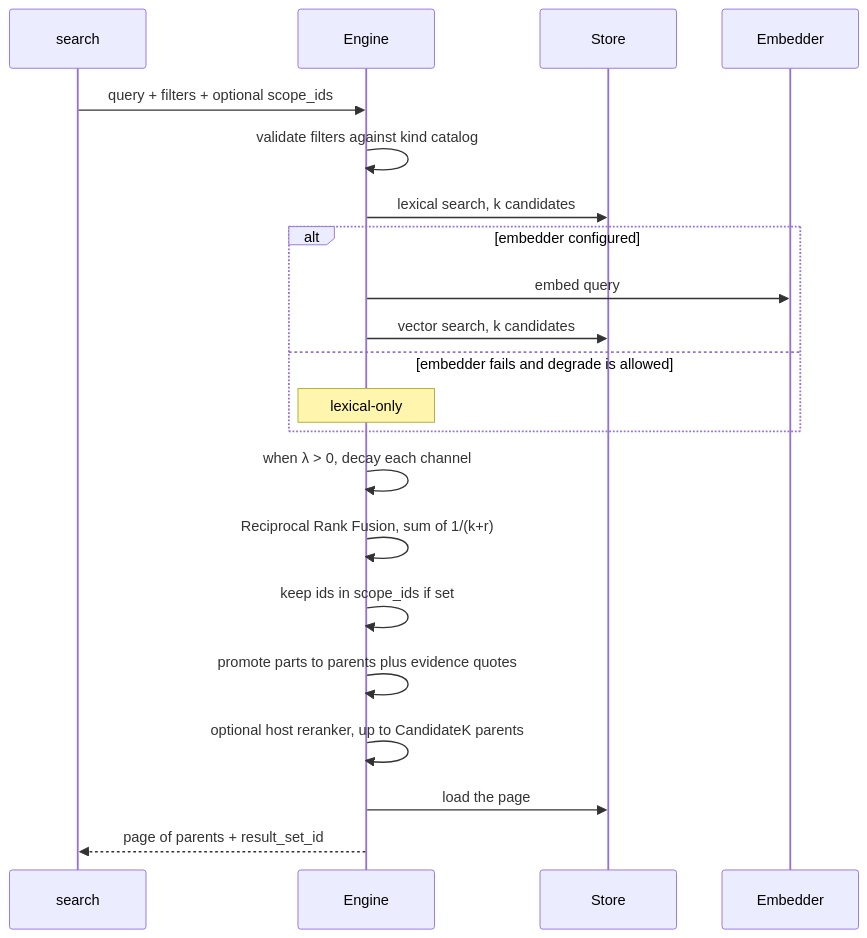
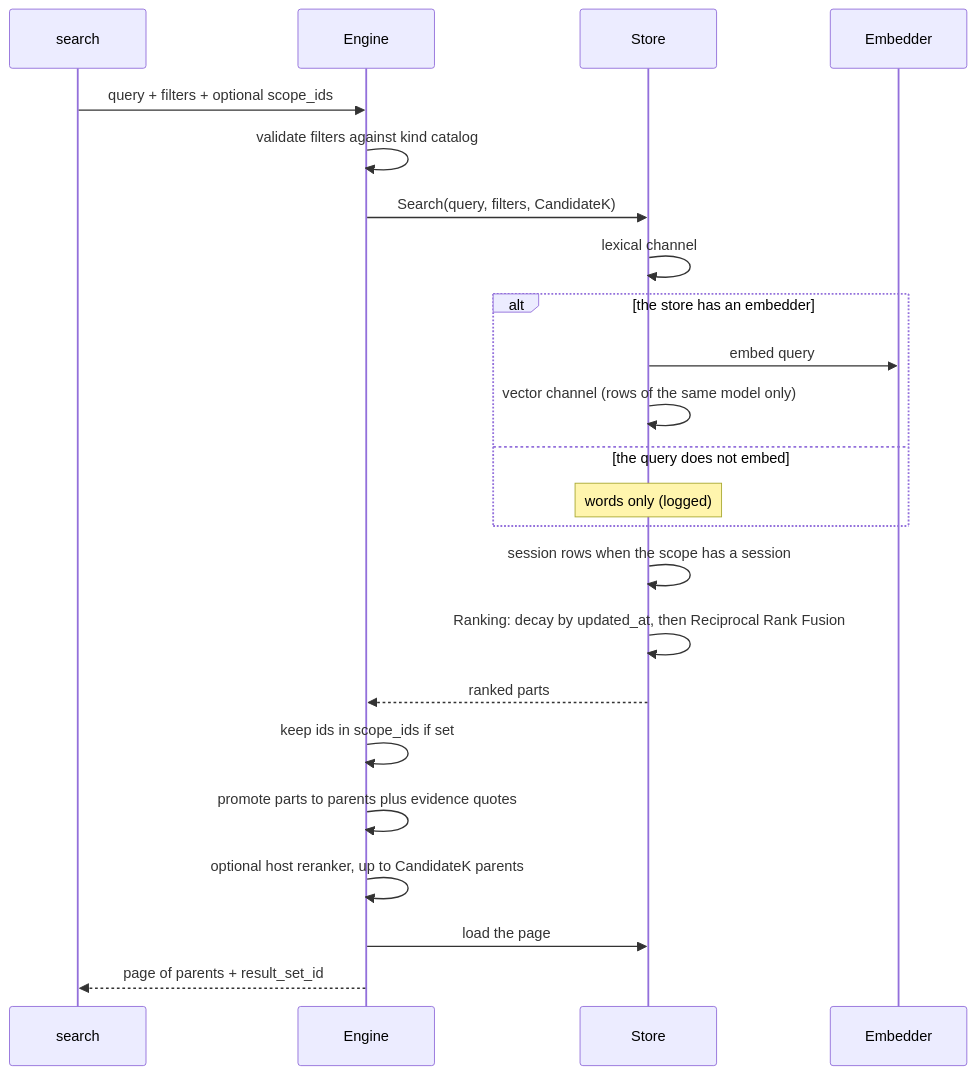
One commit to Ryanaldo34/tacklr changed the seventh of 8 diagrams in docs/knowledge.md. Above: the diagram before and after it, drawn with Mermaid. The commit also changed other lines of this file and 73 other files, not shown here.

Commit message:
cleaning up brain architecture and getting rid of goofy wrapping

````diff
--- a/docs/knowledge.md
+++ b/docs/knowledge.md
@@ -478,24 +549,26 @@
 ```mermaid
 sequenceDiagram
     participant T as search
     participant E as Engine
     participant S as Store
     participant Emb as Embedder
 
     T->>E: query + filters + optional scope_ids
     E->>E: validate filters against kind catalog
-    E->>S: lexical search, k candidates
-    alt embedder configured
-        E->>Emb: embed query
-        E->>S: vector search, k candidates
-    else embedder fails and degrade is allowed
-        Note over E: lexical-only
+    E->>S: Search(query, filters, CandidateK)
+    S->>S: lexical channel
+    alt the store has an embedder
+        S->>Emb: embed query
+        S->>S: vector channel (rows of the same model only)
+    else the query does not embed
+        Note over S: words only (logged)
     end
-    E->>E: when λ > 0, decay each channel
-    E->>E: Reciprocal Rank Fusion, sum of 1/(k+r)
+    S->>S: session rows when the scope has a session
+    S->>S: Ranking: decay by updated_at, then Reciprocal Rank Fusion
+    S-->>E: ranked parts
     E->>E: keep ids in scope_ids if set
     E->>E: promote parts to parents plus evidence quotes
     E->>E: optional host reranker, up to CandidateK parents
     E->>S: load the page
     E-->>T: page of parents + result_set_id
 ```
````
